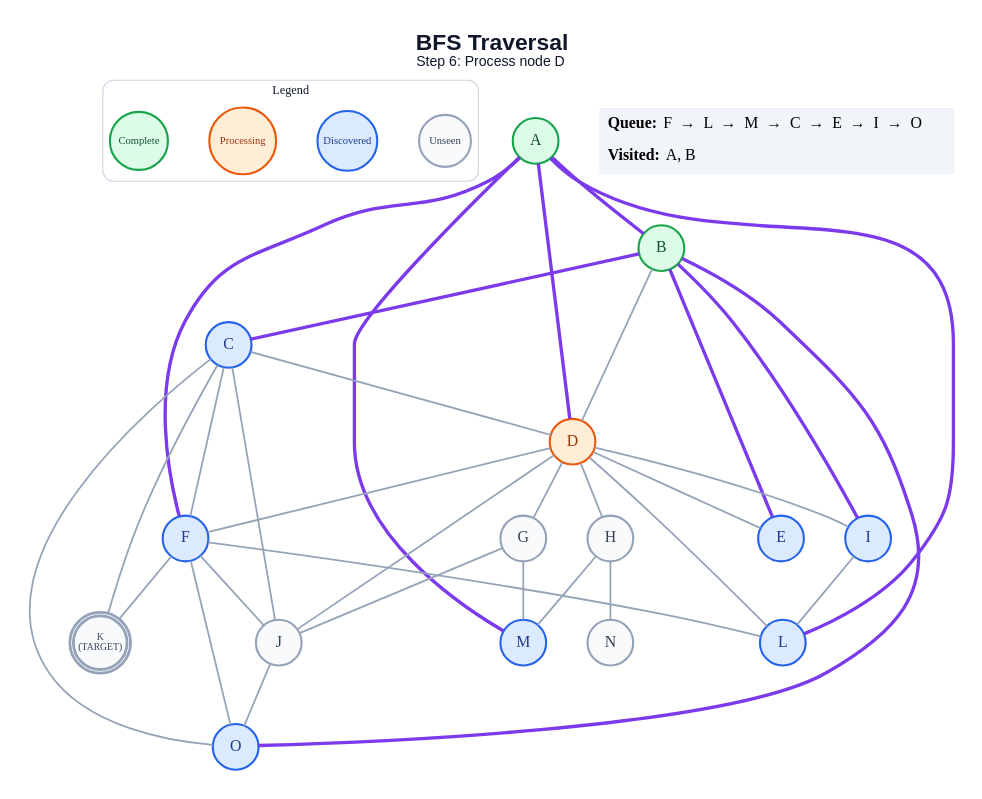
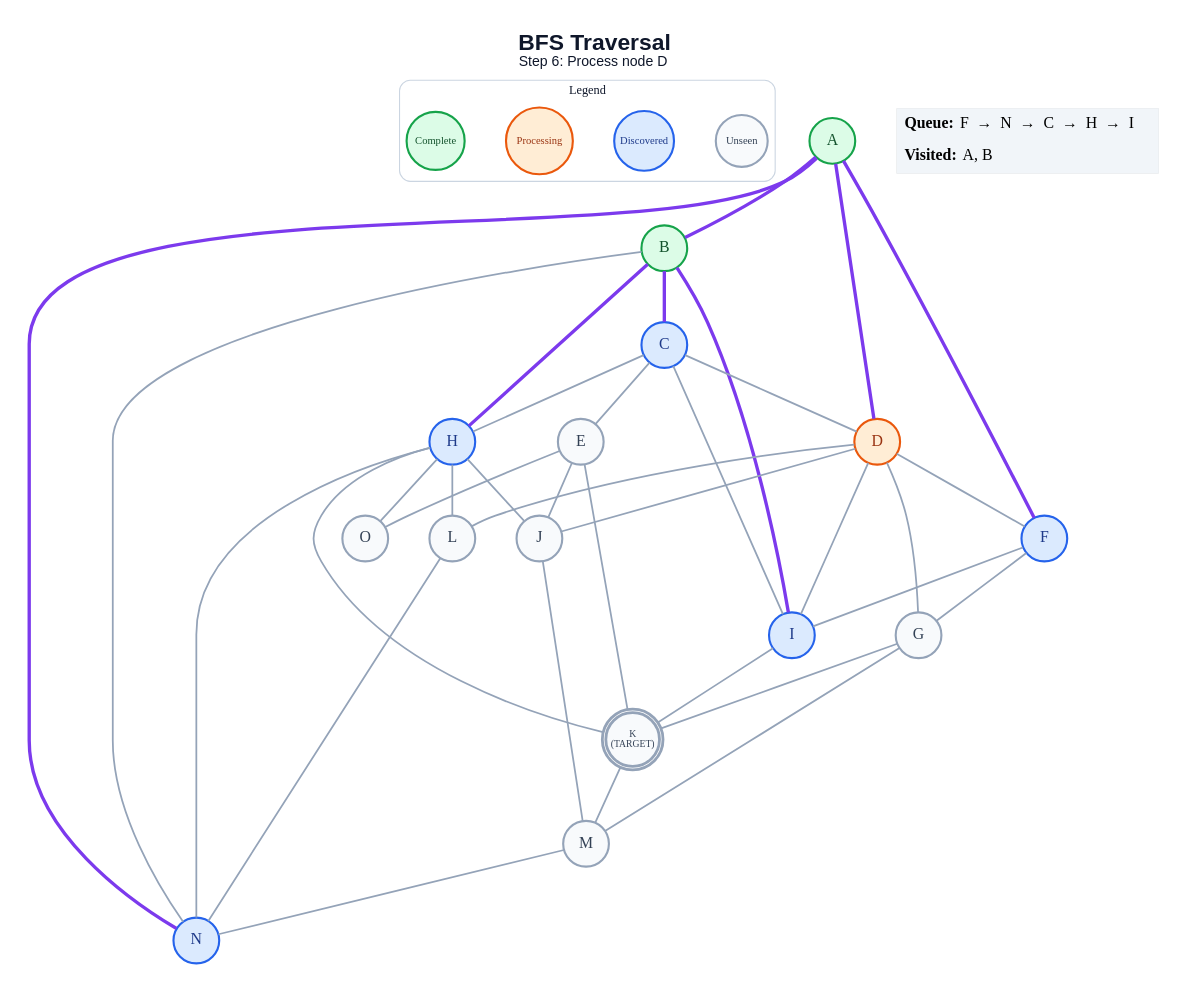
The diagram in generated/specific-node/bfs/step_06.dot (anon7238593-create/ai-slop), drawn with Graphviz before and after one commit. The commit also changed 255 other files, not shown here.

```diff
--- a/generated/specific-node/bfs/step_06.dot
+++ b/generated/specific-node/bfs/step_06.dot
@@ -1,66 +1,68 @@
 graph traversal {
   graph [layout=dot, rankdir=TB, bgcolor="#FFFFFF", pad="0.35", nodesep="0.65", ranksep="0.8", fontname="Arial"];
   node [shape=circle, style="filled", fontname="Arial Bold", fontsize=18, width=0.72, fixedsize=true, penwidth=2.4];
   edge [color="#94A3B8", penwidth=2.0];
   label=<<B>BFS Traversal</B><BR/><FONT POINT-SIZE="16">Step 6: Process node D</FONT>>; labelloc="t"; fontsize=26; fontname="Arial"; fontcolor="#0F172A";
   subgraph cluster_legend { label="Legend"; color="#CBD5E1"; penwidth=1.2; style="rounded"; fontsize=14; fontname="Arial Bold";
     key_unseen [label="Unseen", fillcolor="#F8FAFC", color="#94A3B8", fontcolor="#334155", fontsize=12, width=0.82];
     key_frontier [label="Discovered", fillcolor="#DBEAFE", color="#2563EB", fontcolor="#1E3A8A", fontsize=12, width=0.95];
     key_current [label="Processing", fillcolor="#FFEDD5", color="#EA580C", fontcolor="#9A3412", fontsize=12, width=1.05];
     key_done [label="Complete", fillcolor="#DCFCE7", color="#16A34A", fontcolor="#14532D", fontsize=12, width=0.92];
     { rank=same; key_unseen; key_frontier; key_current; key_done; }
   }
   A [label="A", fillcolor="#DCFCE7", color="#16A34A", fontcolor="#14532D", peripheries=1, penwidth=2.4];
   B [label="B", fillcolor="#DCFCE7", color="#16A34A", fontcolor="#14532D", peripheries=1, penwidth=2.4];
   C [label="C", fillcolor="#DBEAFE", color="#2563EB", fontcolor="#1E3A8A", peripheries=1, penwidth=2.4];
   D [label="D", fillcolor="#FFEDD5", color="#EA580C", fontcolor="#9A3412", peripheries=1, penwidth=2.4];
-  E [label="E", fillcolor="#DBEAFE", color="#2563EB", fontcolor="#1E3A8A", peripheries=1, penwidth=2.4];
+  E [label="E", fillcolor="#F8FAFC", color="#94A3B8", fontcolor="#334155", peripheries=1, penwidth=2.4];
   F [label="F", fillcolor="#DBEAFE", color="#2563EB", fontcolor="#1E3A8A", peripheries=1, penwidth=2.4];
   G [label="G", fillcolor="#F8FAFC", color="#94A3B8", fontcolor="#334155", peripheries=1, penwidth=2.4];
-  H [label="H", fillcolor="#F8FAFC", color="#94A3B8", fontcolor="#334155", peripheries=1, penwidth=2.4];
+  H [label="H", fillcolor="#DBEAFE", color="#2563EB", fontcolor="#1E3A8A", peripheries=1, penwidth=2.4];
   I [label="I", fillcolor="#DBEAFE", color="#2563EB", fontcolor="#1E3A8A", peripheries=1, penwidth=2.4];
   J [label="J", fillcolor="#F8FAFC", color="#94A3B8", fontcolor="#334155", peripheries=1, penwidth=2.4];
   K [label="K\n(TARGET)", fillcolor="#F8FAFC", color="#94A3B8", fontcolor="#334155", peripheries=2, penwidth=3.2, fontsize=11, width=0.85, height=0.85];
-  L [label="L", fillcolor="#DBEAFE", color="#2563EB", fontcolor="#1E3A8A", peripheries=1, penwidth=2.4];
-  M [label="M", fillcolor="#DBEAFE", color="#2563EB", fontcolor="#1E3A8A", peripheries=1, penwidth=2.4];
-  N [label="N", fillcolor="#F8FAFC", color="#94A3B8", fontcolor="#334155", peripheries=1, penwidth=2.4];
-  O [label="O", fillcolor="#DBEAFE", color="#2563EB", fontcolor="#1E3A8A", peripheries=1, penwidth=2.4];
+  L [label="L", fillcolor="#F8FAFC", color="#94A3B8", fontcolor="#334155", peripheries=1, penwidth=2.4];
+  M [label="M", fillcolor="#F8FAFC", color="#94A3B8", fontcolor="#334155", peripheries=1, penwidth=2.4];
+  N [label="N", fillcolor="#DBEAFE", color="#2563EB", fontcolor="#1E3A8A", peripheries=1, penwidth=2.4];
+  O [label="O", fillcolor="#F8FAFC", color="#94A3B8", fontcolor="#334155", peripheries=1, penwidth=2.4];
   A -- B [color="#7C3AED", penwidth=3.8];
   A -- D [color="#7C3AED", penwidth=3.8];
   A -- F [color="#7C3AED", penwidth=3.8];
-  A -- L [color="#7C3AED", penwidth=3.8];
-  A -- M [color="#7C3AED", penwidth=3.8];
+  A -- N [color="#7C3AED", penwidth=3.8];
   B -- C [color="#7C3AED", penwidth=3.8];
-  B -- D;
-  B -- E [color="#7C3AED", penwidth=3.8];
+  B -- H [color="#7C3AED", penwidth=3.8];
   B -- I [color="#7C3AED", penwidth=3.8];
-  B -- O [color="#7C3AED", penwidth=3.8];
+  B -- N;
   C -- D;
-  C -- F;
-  C -- J;
-  C -- K;
-  C -- O;
-  D -- E;
+  C -- E;
+  C -- H;
+  C -- I;
   D -- F;
   D -- G;
-  D -- H;
   D -- I;
   D -- J;
   D -- L;
-  F -- J;
-  F -- K;
-  F -- L;
-  F -- O;
-  G -- J;
+  E -- J;
+  E -- K;
+  E -- O;
+  F -- G;
+  F -- I;
+  G -- K;
   G -- M;
-  H -- M;
+  H -- J;
+  H -- K;
+  H -- L;
   H -- N;
-  I -- L;
-  J -- O;
+  H -- O;
+  I -- K;
+  J -- M;
+  K -- M;
+  L -- N;
+  M -- N;
   status [shape=plain, fixedsize=false, width=0, height=0, margin=0, label=<
     <TABLE BORDER="0" CELLBORDER="0" CELLPADDING="7" BGCOLOR="#F1F5F9">
-      <TR><TD ALIGN="LEFT"><B>Queue:</B> F  →  L  →  M  →  C  →  E  →  I  →  O</TD></TR>
+      <TR><TD ALIGN="LEFT"><B>Queue:</B> F  →  N  →  C  →  H  →  I</TD></TR>
       <TR><TD ALIGN="LEFT"><B>Visited:</B> A, B</TD></TR>
     </TABLE>
   >];
 }
```
